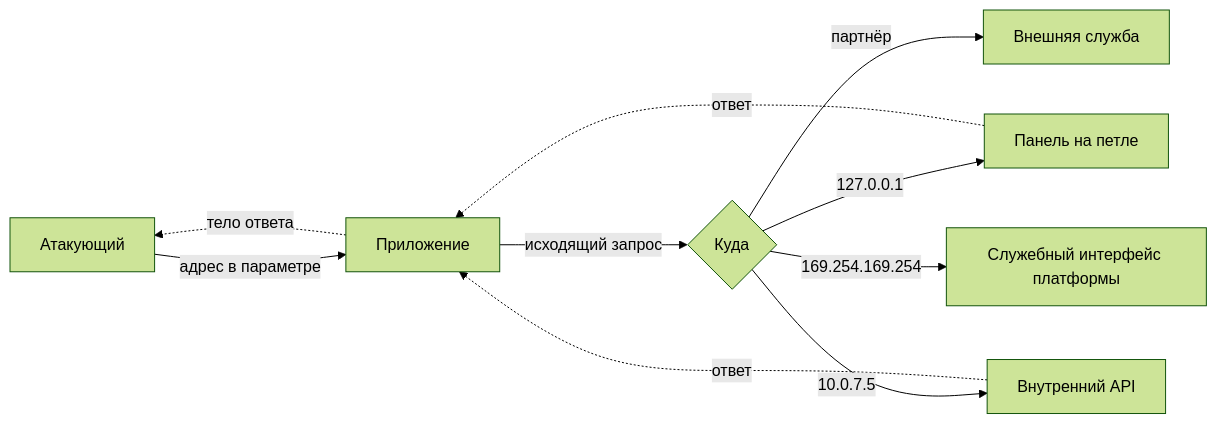
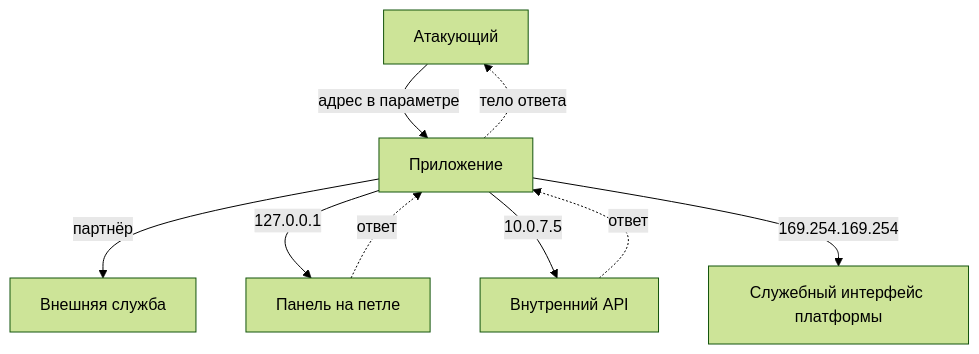
One commit to not-obfuscation/AppSec-guidebook changed the diagram in content/stage-1/ssrf-basics.md. Above: the diagram before and after it, drawn with Mermaid (forest theme). The commit also changed other lines of this file and 214 other files, not shown here.

````diff
--- a/content/stage-1/ssrf-basics.md
+++ b/content/stage-1/ssrf-basics.md
@@ -190,12 +198,11 @@
 ```mermaid
-flowchart LR
+flowchart TB
     A[Атакующий] -->|адрес в параметре| APP[Приложение]
-    APP -->|исходящий запрос| T{Куда}
-    T -->|партнёр| P[Внешняя служба]
-    T -->|127.0.0.1| L[Панель на петле]
-    T -->|10.0.7.5| I[Внутренний API]
-    T -->|169.254.169.254| M[Служебный интерфейс платформы]
+    APP -->|партнёр| P[Внешняя служба]
+    APP -->|127.0.0.1| L[Панель на петле]
+    APP -->|10.0.7.5| I[Внутренний API]
+    APP -->|169.254.169.254| M[Служебный интерфейс платформы]
     L -.ответ.-> APP
     I -.ответ.-> APP
     APP -.тело ответа.-> A
 ```
````
